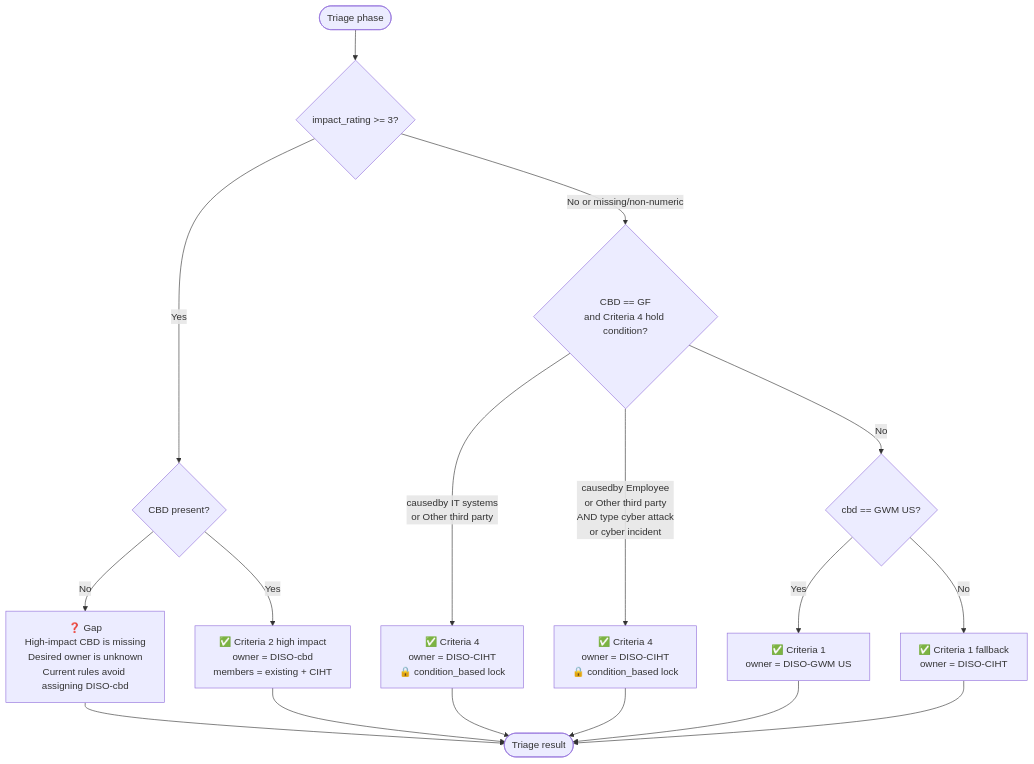
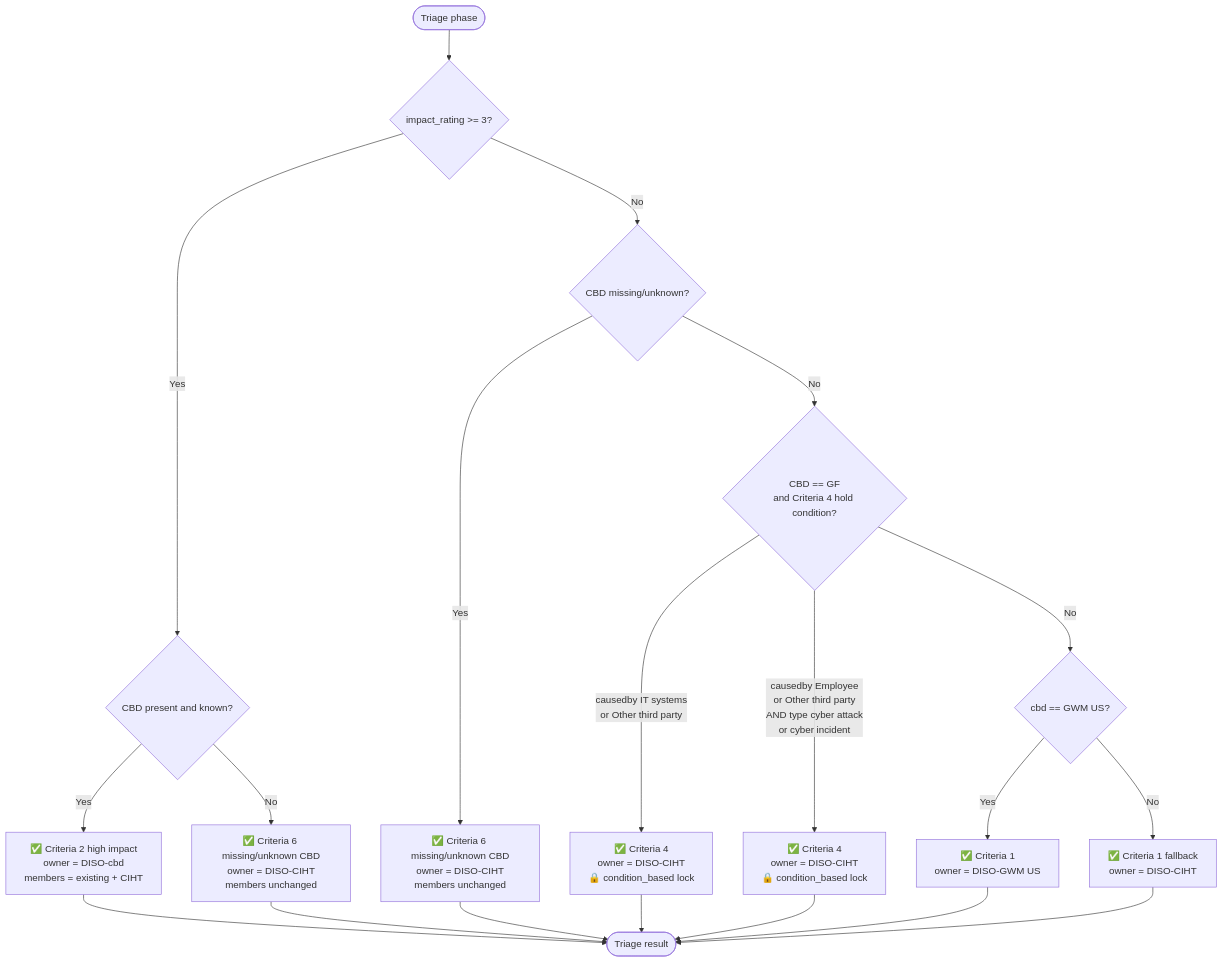
Before and after one commit to hsmith56/resilient-pocs: the second of 4 diagrams in assignment_ruleset_flow.md, drawn with Mermaid. The commit also changed other lines of this file and 11 other files, not shown here.

````diff
--- a/assignment_ruleset_flow.md
+++ b/assignment_ruleset_flow.md
@@ -64,24 +65,27 @@
 ```mermaid
 flowchart TD
     TStart([Triage phase]) --> TImpact{impact_rating >= 3?}
 
-    TImpact -- Yes --> TCBDPresent{CBD present?}
-    TCBDPresent -- No --> THighMissing[❓ Gap<br/>High-impact CBD is missing<br/>Desired owner is unknown<br/>Current rules avoid assigning DISO-cbd]
+    TImpact -- Yes --> TCBDPresent{CBD present and known?}
     TCBDPresent -- Yes --> THigh[✅ Criteria 2 high impact<br/>owner = DISO-cbd<br/>members = existing + CIHT]
+    TCBDPresent -- No --> TMissingCBD[✅ Criteria 6 missing/unknown CBD<br/>owner = DISO-CIHT<br/>members unchanged]
 
-    TImpact -- No or missing/non-numeric --> TGF{CBD == GF<br/>and Criteria 4 hold condition?}
+    TImpact -- No --> TMissingCBD2{CBD missing/unknown?}
+    TMissingCBD2 -- Yes --> TMissingCBDLow[✅ Criteria 6 missing/unknown CBD<br/>owner = DISO-CIHT<br/>members unchanged]
+    TMissingCBD2 -- No --> TGF{CBD == GF<br/>and Criteria 4 hold condition?}
 
     TGF -- causedby IT systems<br/>or Other third party --> TGFHold1[✅ Criteria 4<br/>owner = DISO-CIHT<br/>🔒 condition_based lock]
     TGF -- causedby Employee<br/>or Other third party<br/>AND type cyber attack<br/>or cyber incident --> TGFHold2[✅ Criteria 4<br/>owner = DISO-CIHT<br/>🔒 condition_based lock]
     TGF -- No --> TGWMUS{cbd == GWM US?}
 
     TGWMUS -- Yes --> TGWMUSOwner[✅ Criteria 1<br/>owner = DISO-GWM US]
     TGWMUS -- No --> TDefault[✅ Criteria 1 fallback<br/>owner = DISO-CIHT]
 
-    THighMissing --> TEnd([Triage result])
-    THigh --> TEnd
+    THigh --> TEnd([Triage result])
+    TMissingCBD --> TEnd
+    TMissingCBDLow --> TEnd
     TGFHold1 --> TEnd
     TGFHold2 --> TEnd
     TGWMUSOwner --> TEnd
     TDefault --> TEnd
 ```
````
